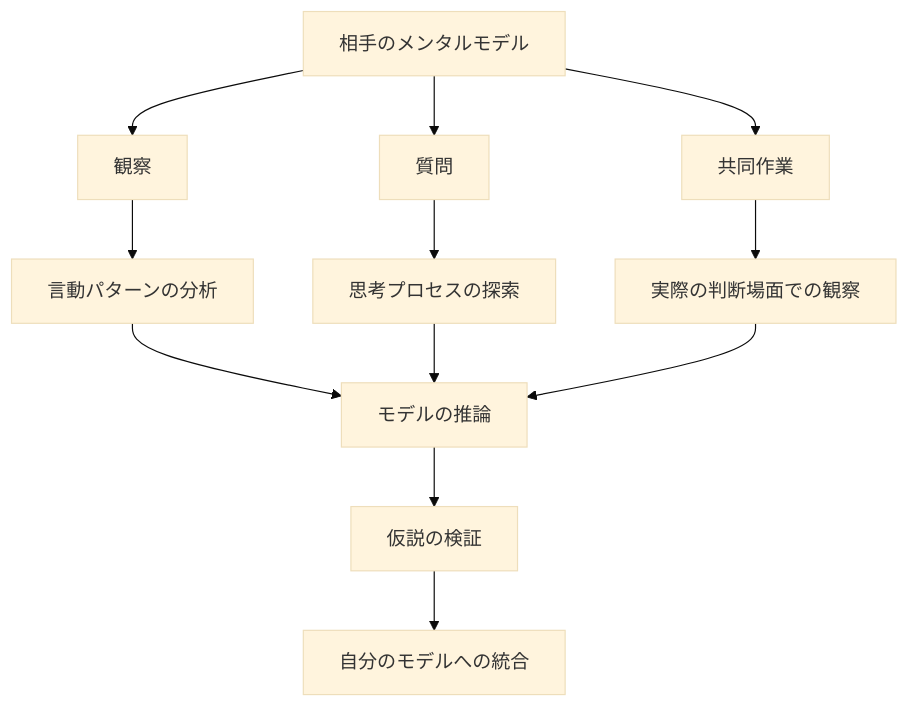
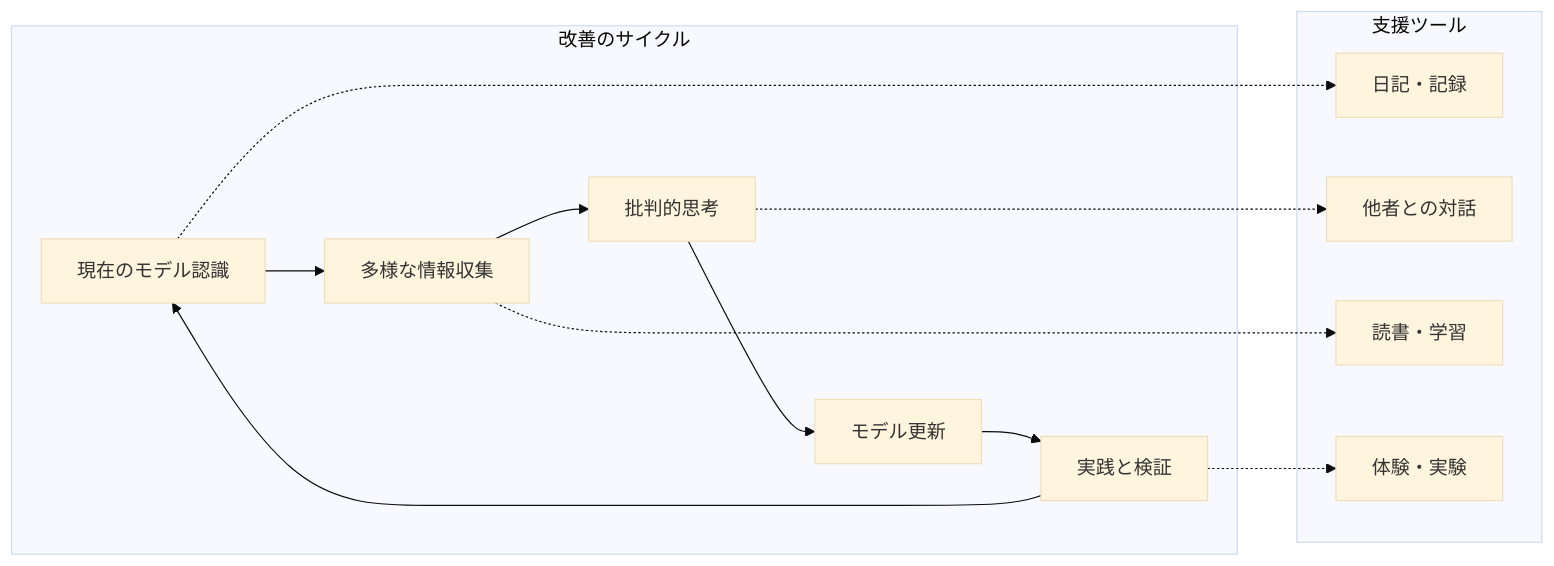
Before and after one commit to SparklingDetergent/doc_genai_mental_model: diagram 13 of 13 in README.md, drawn with Mermaid (base theme). The commit also changed other lines of this file, not shown here.

````diff
--- a/README.md
+++ b/README.md
@@ -307,17 +368,27 @@
 ```mermaid
-graph TB
-    A[相手のメンタルモデル] --> B[観察]
-    A --> C[質問]
-    A --> D[共同作業]
+flowchart LR
+    subgraph "改善のサイクル"
+        A[現在のモデル認識] --> B[多様な情報収集]
+        B --> C[批判的思考]
+        C --> D[モデル更新]
+        D --> E[実践と検証]
+        E --> A
+    end
     
-    B --> E[言動パターンの分析]
-    C --> F[思考プロセスの探索]
-    D --> G[実際の判断場面での観察]
+    subgraph "支援ツール"
+        F[日記・記録]
+        G[他者との対話]
+        H[読書・学習]
+        I[体験・実験]
+    end
     
-    E --> H[モデルの推論]
-    F --> H
-    G --> H
+    A -.-> F
+    B -.-> H
+    C -.-> G
+    E -.-> I
     
-    H --> I[仮説の検証]
-    I --> J[自分のモデルへの統合]
+    click F "#記録の方法" "効果的な記録について"
+    click G "#対話の技術" "建設的対話のコツ"
+    click H "#学習戦略" "効果的学習法"
+    click I "#体験学習" "体験から学ぶ方法"
 ```
````
